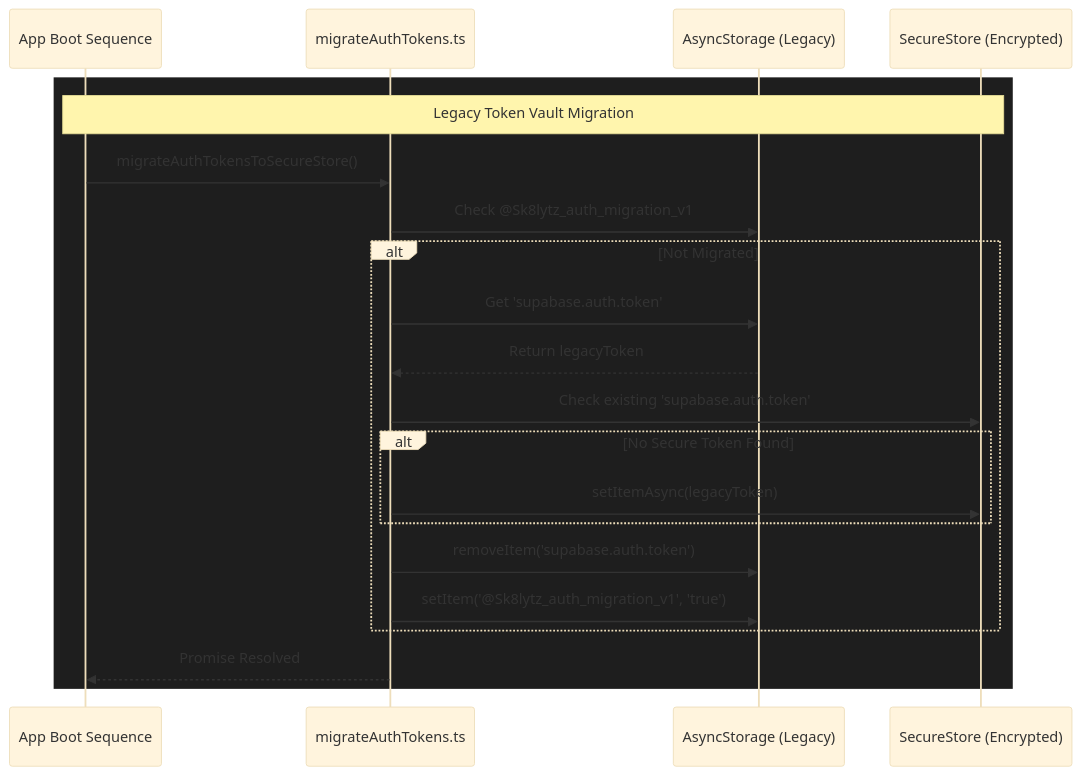
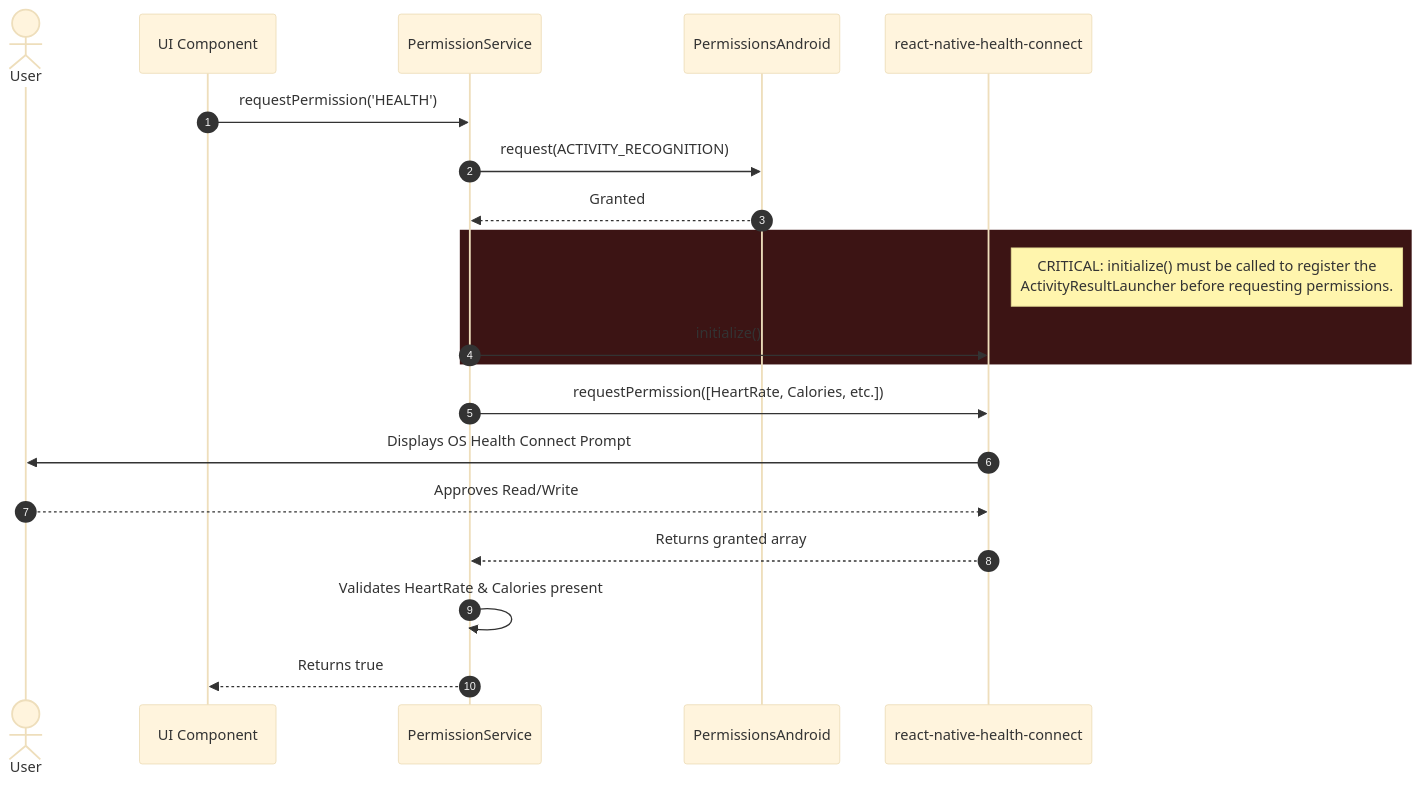
The second of 2 diagrams in tools/SK8Lytz_App_Master_Reference.md (Neogleamz/SK8Lytz), drawn with Mermaid (base theme) before and after one commit. The commit also changed other lines of this file and 9 other files, not shown here.

````diff
--- a/tools/SK8Lytz_App_Master_Reference.md
+++ b/tools/SK8Lytz_App_Master_Reference.md
@@ -1800,24 +2152,25 @@
 ```mermaid
 sequenceDiagram
-    participant App as App Boot Sequence
-    participant M as migrateAuthTokens.ts
-    participant AS as AsyncStorage (Legacy)
-    participant SS as SecureStore (Encrypted)
+    autonumber
+    actor User
+    participant Component as UI Component
+    participant PS as PermissionService
+    participant PA as PermissionsAndroid
+    participant HC as react-native-health-connect
     
-    rect rgb(30, 30, 30)
-    Note over App,SS: Legacy Token Vault Migration
-    App->>M: migrateAuthTokensToSecureStore()
-    M->>AS: Check @Sk8lytz_auth_migration_v1
-    alt Not Migrated
-        M->>AS: Get 'supabase.auth.token'
-        AS-->>M: Return legacyToken
-        M->>SS: Check existing 'supabase.auth.token'
-        alt No Secure Token Found
-            M->>SS: setItemAsync(legacyToken)
-        end
-        M->>AS: removeItem('supabase.auth.token')
-        M->>AS: setItem('@Sk8lytz_auth_migration_v1', 'true')
+    Component->>PS: requestPermission('HEALTH')
+    PS->>PA: request(ACTIVITY_RECOGNITION)
+    PA-->>PS: Granted
+    
+    rect rgb(60, 20, 20)
+    note right of HC: CRITICAL: initialize() must be called to register the<br/>ActivityResultLauncher before requesting permissions.
+    PS->>HC: initialize()
     end
-    M-->>App: Promise Resolved
-    end
+    
+    PS->>HC: requestPermission([HeartRate, Calories, etc.])
+    HC->>User: Displays OS Health Connect Prompt
+    User-->>HC: Approves Read/Write
+    HC-->>PS: Returns granted array
+    PS->>PS: Validates HeartRate & Calories present
+    PS-->>Component: Returns true
 ```
````
